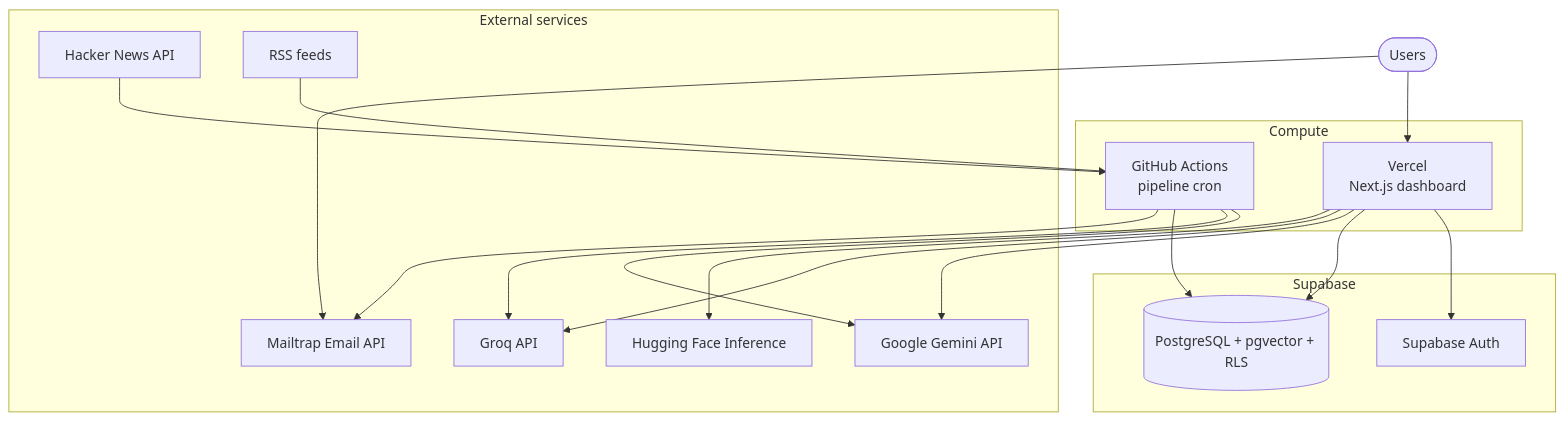
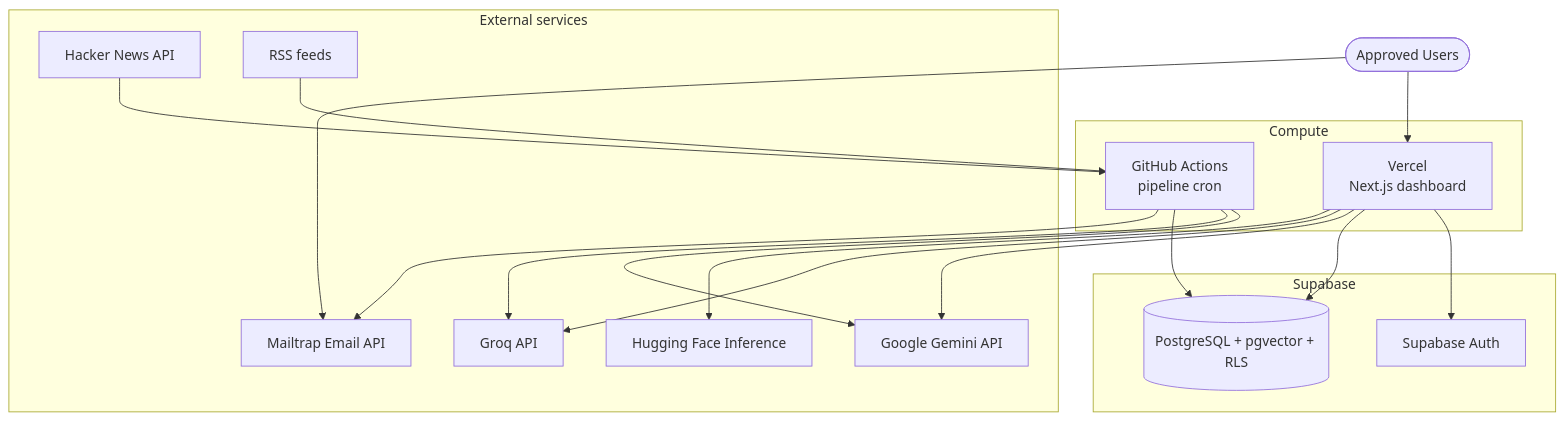
The first of 5 diagrams in docs/architecture.md (Ssaammmmiitt/Skim), drawn with Mermaid before and after one commit. The commit also changed other lines of this file and 9 other files, not shown here.

````diff
--- a/docs/architecture.md
+++ b/docs/architecture.md
@@ -47,37 +49,37 @@
 ```mermaid
 flowchart TB
   subgraph external [External services]
     HN[Hacker News API]
     RSS[RSS feeds]
     Gemini[Google Gemini API]
     Groq[Groq API]
     HF[Hugging Face Inference]
     MT[Mailtrap Email API]
   end
 
   subgraph compute [Compute]
     GHA[GitHub Actions<br/>pipeline cron]
     Vercel[Vercel<br/>Next.js dashboard]
   end
 
   subgraph supabase [Supabase]
     Auth[Supabase Auth]
     PG[(PostgreSQL + pgvector + RLS)]
   end
 
   HN --> GHA
   RSS --> GHA
   GHA --> Gemini
   GHA --> Groq
   GHA --> PG
   GHA --> MT
 
   Vercel --> Auth
   Vercel --> PG
   Vercel --> Gemini
   Vercel --> Groq
   Vercel --> HF
 
-  Users([Users]) --> Vercel
+  Users([Approved Users]) --> Vercel
   Users --> MT
 ```
````
